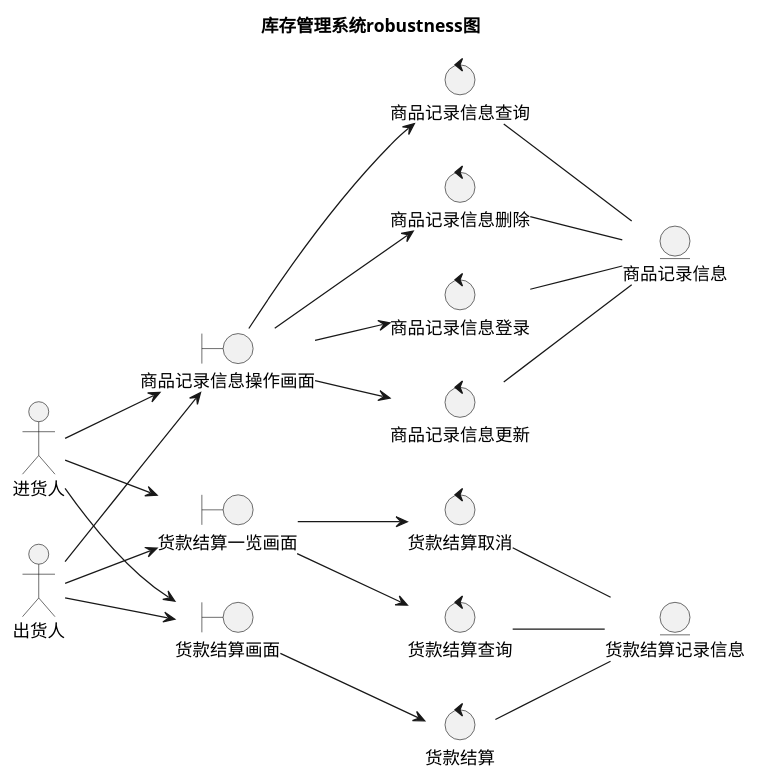
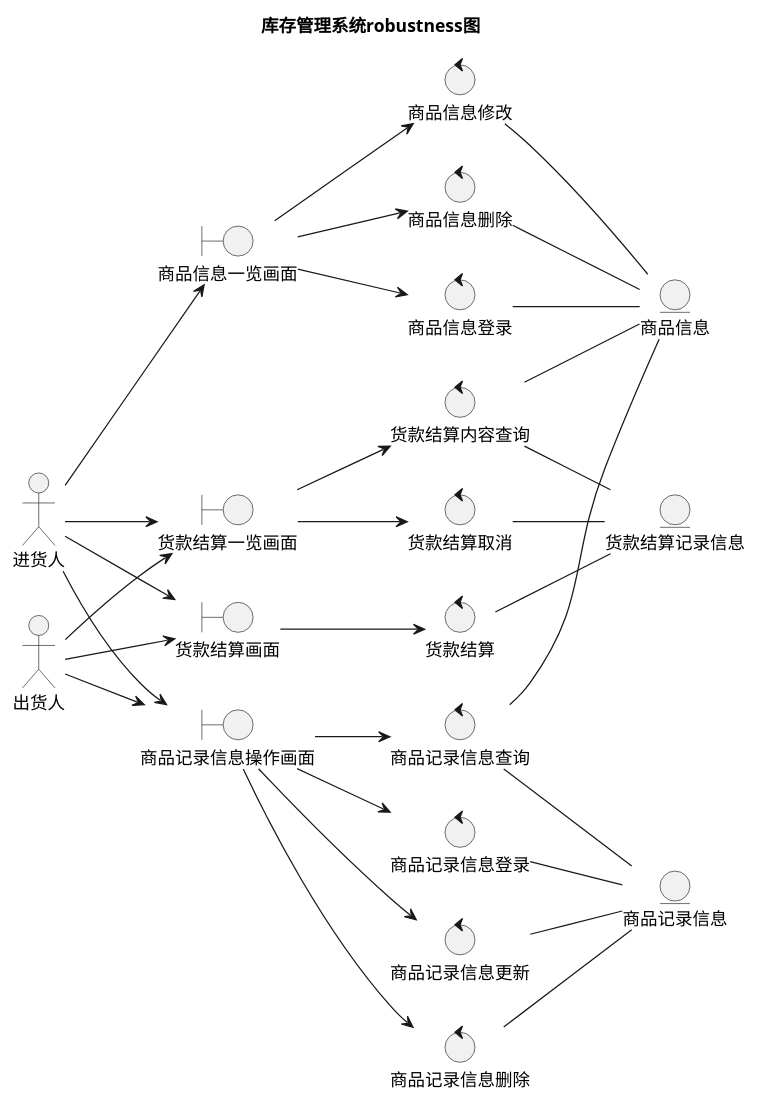
Before and after one commit to coolboy0961/inventory-control: the diagram in desginDoc/resource/image/robustness.pu, drawn with PlantUML. The commit also changed 6 other files, not shown here.

```diff
--- a/desginDoc/resource/image/robustness.pu
+++ b/desginDoc/resource/image/robustness.pu
@@ -1,50 +1,66 @@
 @startuml
 left to right direction
 title 库存管理系统robustness图
 
 actor 进货人
 actor 出货人
 
+boundary 商品信息一览画面
 boundary 商品记录信息操作画面
 'ote left of 商品记录信息操作画面 : 该画面可进行商品登录，商品状态查询，商品更新
 
 boundary 货款结算画面
 boundary 货款结算一览画面
 
+control 商品信息登录
+control 商品信息修改
+control 商品信息删除
 control 商品记录信息登录
 control 商品记录信息更新
 control 商品记录信息查询
 control 商品记录信息删除
 control 货款结算
-control 货款结算查询
+control 货款结算内容查询
 control 货款结算取消
 
+entity 商品信息
 entity 商品记录信息
 entity 货款结算记录信息
 
 'relationship
 进货人 --> 商品记录信息操作画面
+进货人 --> 商品信息一览画面
 出货人 --> 商品记录信息操作画面
+商品信息一览画面 --> 商品信息登录
+商品信息一览画面 --> 商品信息修改
+商品信息一览画面 --> 商品信息删除
 商品记录信息操作画面 --> 商品记录信息登录
 商品记录信息操作画面 --> 商品记录信息更新
 商品记录信息操作画面 --> 商品记录信息查询
 商品记录信息操作画面 --> 商品记录信息删除
 
 商品记录信息登录 -- 商品记录信息
 商品记录信息更新 -- 商品记录信息
 商品记录信息查询 -- 商品记录信息
+商品记录信息查询 -- 商品信息
 商品记录信息删除 -- 商品记录信息
+
+商品信息登录 -- 商品信息
+商品信息修改 -- 商品信息
+商品信息删除 -- 商品信息
 
 进货人 --> 货款结算画面
 出货人 --> 货款结算画面
 进货人 --> 货款结算一览画面
 出货人 --> 货款结算一览画面
 
 货款结算画面 --> 货款结算
-货款结算一览画面 --> 货款结算查询
+货款结算一览画面 --> 货款结算内容查询
 货款结算一览画面 --> 货款结算取消
 
 货款结算 -- 货款结算记录信息
-货款结算查询 -- 货款结算记录信息
+货款结算内容查询 -- 货款结算记录信息
+货款结算内容查询 -- 商品信息
+
 货款结算取消 -- 货款结算记录信息
 @enduml
```
